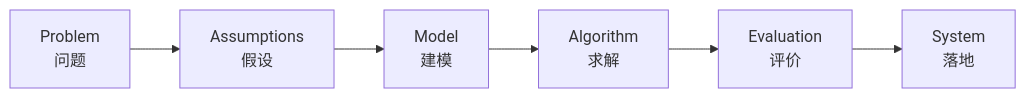
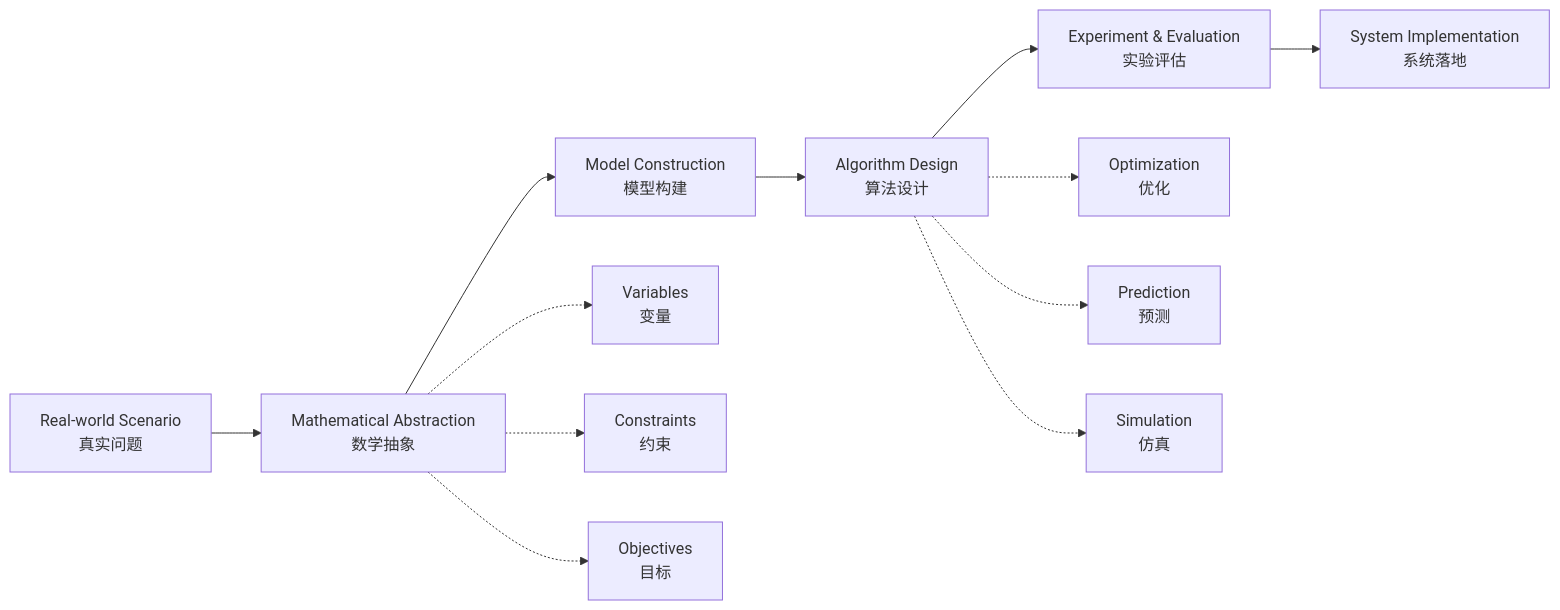
Before and after one commit to weidonglang/weidonglang: the diagram in README.md, drawn with Mermaid. The commit also changed other lines of this file, not shown here.

````diff
--- a/README.md
+++ b/README.md
@@ -52,8 +82,16 @@
 ```mermaid
 flowchart LR
-    A[Problem<br/>问题] --> B[Assumptions<br/>假设]
-    B --> C[Model<br/>建模]
-    C --> D[Algorithm<br/>求解]
-    D --> E[Evaluation<br/>评价]
-    E --> F[System<br/>落地]
+    A["Real-world Scenario<br/>真实问题"] --> B["Mathematical Abstraction<br/>数学抽象"]
+    B --> C["Model Construction<br/>模型构建"]
+    C --> D["Algorithm Design<br/>算法设计"]
+    D --> E["Experiment & Evaluation<br/>实验评估"]
+    E --> F["System Implementation<br/>系统落地"]
+
+    B -.-> B1["Variables<br/>变量"]
+    B -.-> B2["Constraints<br/>约束"]
+    B -.-> B3["Objectives<br/>目标"]
+
+    D -.-> D1["Optimization<br/>优化"]
+    D -.-> D2["Prediction<br/>预测"]
+    D -.-> D3["Simulation<br/>仿真"]
 ```
````
